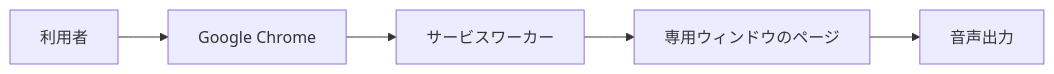
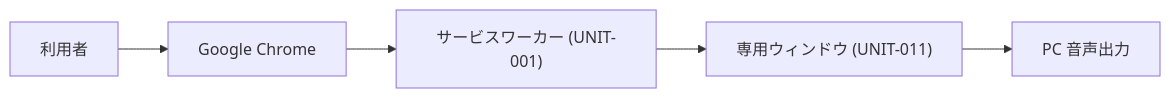
Before and after one commit to yamaPiT/ColorBeaconTimer: the first of 6 diagrams in docs/artifacts/SW205_ソフトウェアアーキテクチャ設計書.md, drawn with Mermaid. The commit also changed other lines of this file and 90 other files, not shown here.

````diff
--- a/docs/artifacts/SW205_ソフトウェアアーキテクチャ設計書.md
+++ b/docs/artifacts/SW205_ソフトウェアアーキテクチャ設計書.md
@@ -52,12 +61,7 @@
 ```mermaid
 flowchart LR
-  user[利用者]
-  chrome[Google Chrome]
-  worker[サービスワーカー]
-  page[専用ウィンドウのページ]
-  audio[音声出力]
-  user --> chrome
-  chrome --> worker
-  worker --> page
-  page --> audio
+  user["利用者"] --> chrome["Google Chrome"]
+  chrome --> worker["サービスワーカー (UNIT-001)"]
+  worker --> page["専用ウィンドウ (UNIT-011)"]
+  page --> audio["PC 音声出力"]
 ```
````
